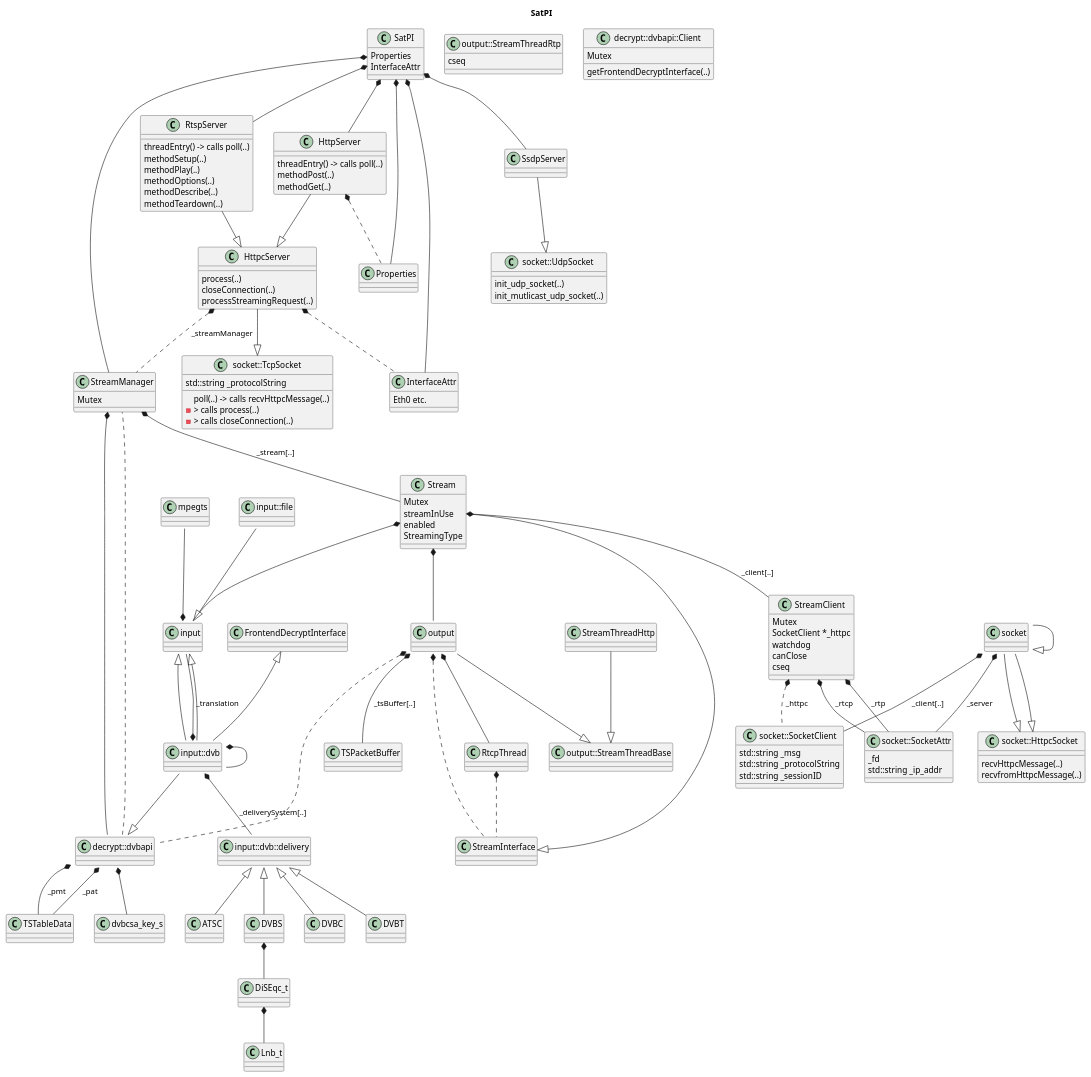
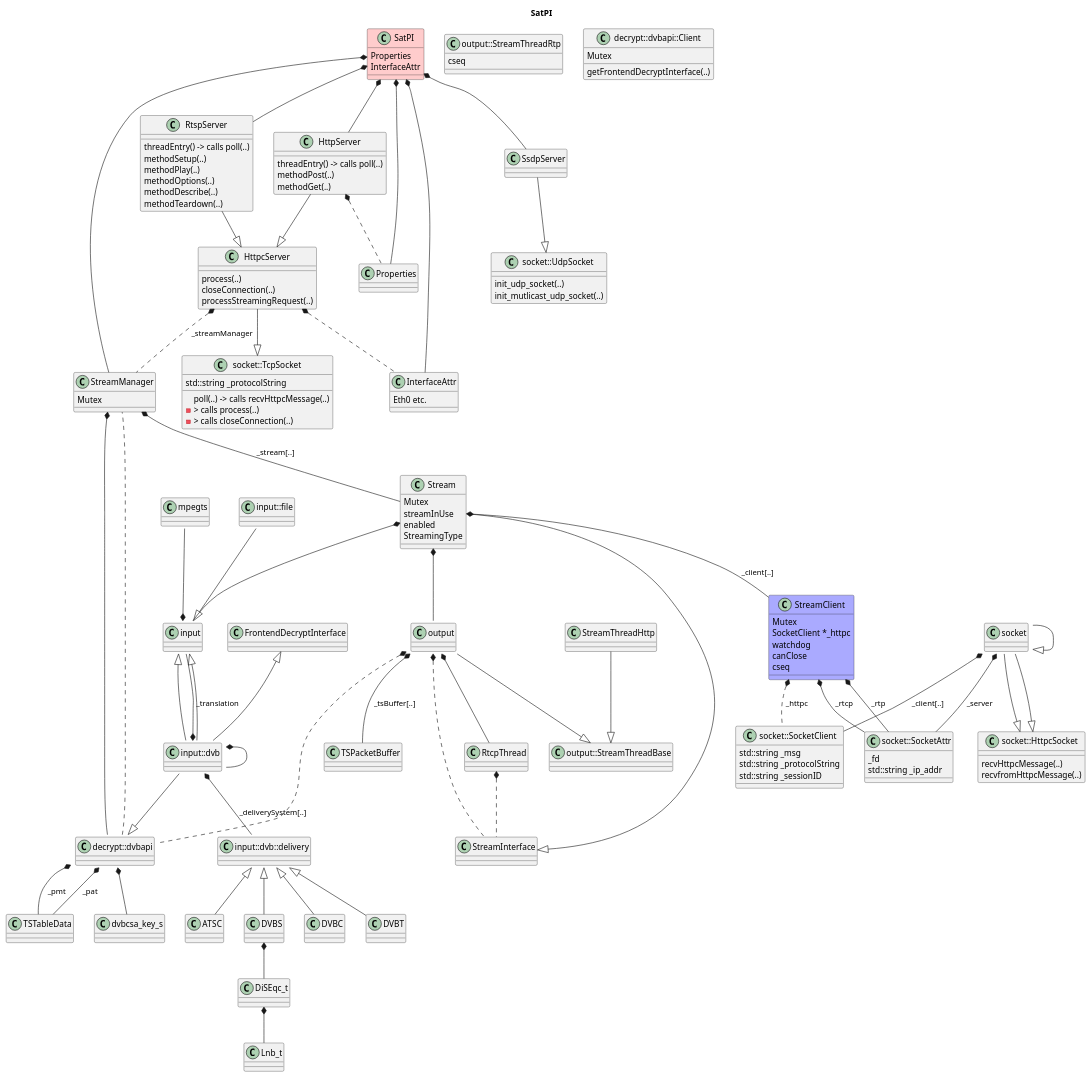
One commit to Barracuda09/SATPI changed the diagram in SatPI.plantuml. Above: the diagram before and after it, drawn with PlantUML. The commit also changed 33 other files, not shown here.

```diff
--- a/SatPI.plantuml
+++ b/SatPI.plantuml
@@ -1,168 +1,168 @@
 @startuml
 
 hide footbox
 
 title SatPI
 
 SatPI *-- StreamManager
 SatPI *-- RtspServer
 SatPI *-- HttpServer
 SatPI *-- SsdpServer
 SatPI *-- Properties
 SatPI *-- InterfaceAttr
 
 
-class SatPI {
+class SatPI #ffcccc {
   Properties
   InterfaceAttr
 }
 
 class InterfaceAttr {
   Eth0 etc.
 }
 
 class socket::HttpcSocket {
   recvHttpcMessage(..)
   recvfromHttpcMessage(..)
 }
 
 socket::SocketClient --|> socket::SocketAttr
 class socket::SocketClient {
   std::string _msg
   std::string _protocolString
   std::string _sessionID
 }
 
 class socket::SocketAttr {
   _fd
   std::string _ip_addr
 }
 
 socket::TcpSocket --|> socket::HttpcSocket
 socket::TcpSocket *-- socket::SocketAttr : "_server"
 socket::TcpSocket *-- socket::SocketClient : "_client[..]"
 class socket::TcpSocket {
   poll(..) -> calls recvHttpcMessage(..)
            -> calls process(..)
            -> calls closeConnection(..)
   std::string _protocolString
 }
 
 socket::UdpSocket --|> socket::HttpcSocket
 class socket::UdpSocket {
   init_udp_socket(..)
   init_mutlicast_udp_socket(..)
 }
 
 SsdpServer --|> socket::UdpSocket
 
 RtspServer --|> HttpcServer
 class RtspServer {
   threadEntry() -> calls poll(..)
   methodSetup(..)
   methodPlay(..)
   methodOptions(..)
   methodDescribe(..)
   methodTeardown(..)
 }
 
 HttpServer --|> HttpcServer
 HttpServer *.. Properties
 class HttpServer {
   threadEntry() -> calls poll(..)
   methodPost(..)
   methodGet(..)
 }
 
 HttpcServer --|> socket::TcpSocket
 HttpcServer *.. StreamManager : "_streamManager"
 HttpcServer *.. InterfaceAttr
 class HttpcServer {
   process(..)
   closeConnection(..)
   processStreamingRequest(..)
 }
 
 Stream --|> StreamInterface
 Stream *-- StreamClient : " _client[..] "
 Stream *-- input::Device
 Stream *-- output::StreamThreadBase
 class Stream {
   Mutex
   streamInUse
   enabled
   StreamingType
 }
 
 StreamManager *-- Stream : " _stream[..] "
 StreamManager *-- decrypt::dvbapi::Client
 class StreamManager {
   Mutex
 }
 
 StreamClient *-- socket::SocketAttr : " _rtp "
 StreamClient *-- socket::SocketAttr : " _rtcp "
 StreamClient *.. socket::SocketClient : " _httpc "
-class StreamClient {
+class StreamClient #aaaaff {
   Mutex
   SocketClient *_httpc
   watchdog
   canClose
   cseq
 }
 
 output::StreamThreadBase *.. decrypt::dvbapi::Client
 output::StreamThreadBase *-- TSPacketBuffer : " _tsBuffer[..] "
 output::StreamThreadBase *.. StreamInterface
 class output::StreamThreadBase {
 }
 
 
 output::StreamThreadRtp --|> output::StreamThreadBase
 output::StreamThreadRtp *-- RtcpThread
 class output::StreamThreadRtp {
   cseq
 }
 
 RtcpThread *.. StreamInterface
 class RtcpThread {
 }
 
 StreamThreadHttp --|> output::StreamThreadBase
 
 decrypt::dvbapi::Client  .  StreamManager
 class decrypt::dvbapi::Client {
   Mutex
   getFrontendDecryptInterface(..)
 }
 
 input::file::TSReader --|> input::Device
 
 input::Device <|-- input::dvb::Frontend
 FrontendDecryptInterface <|-- input::dvb::Frontend
 
 input::dvb::Frontend *-- input::dvb::delivery::System : " _deliverySystem[..] "
 input::dvb::Frontend *-- input::dvb::FrontendData
 input::dvb::Frontend *-- input::Translation : " _translation "
 
 
 input::dvb::delivery::System <|-- DVBS
 input::dvb::delivery::System <|-- DVBC
 input::dvb::delivery::System <|-- DVBT
 input::dvb::delivery::System <|-- ATSC
 
 
 DVBS *-- DiSEqc_t
 
 DiSEqc_t *-- Lnb_t
 
 decrypt::dvbapi::ClientProperties *-- dvbcsa_key_s
 decrypt::dvbapi::ClientProperties *-- TSTableData : " _pat "
 decrypt::dvbapi::ClientProperties *-- TSTableData : " _pmt "
 
 input::DeviceData <|-- input::dvb::FrontendData
 mpegts::PidTable --* input::DeviceData
 
 input::dvb::FrontendData --|> decrypt::dvbapi::ClientProperties
 
 @enduml
```
